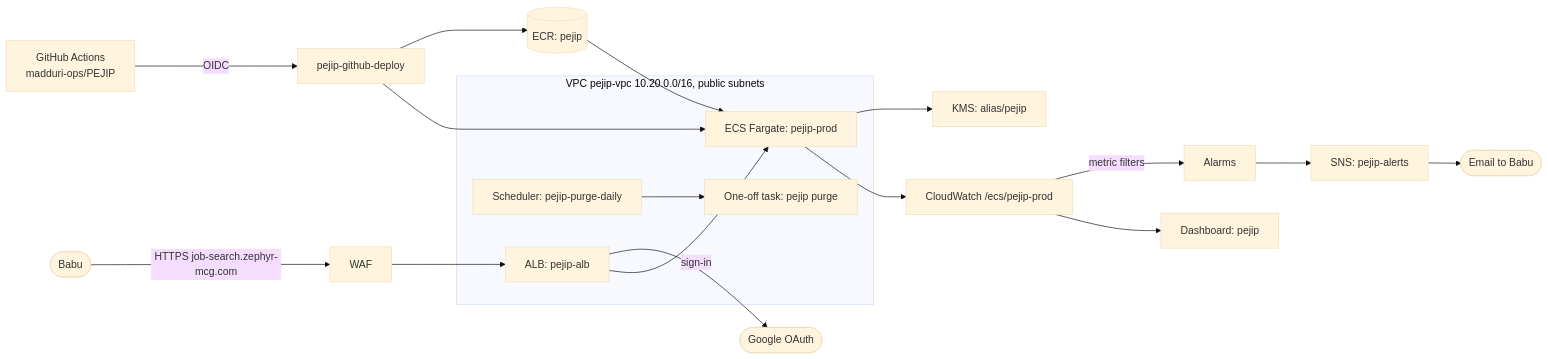
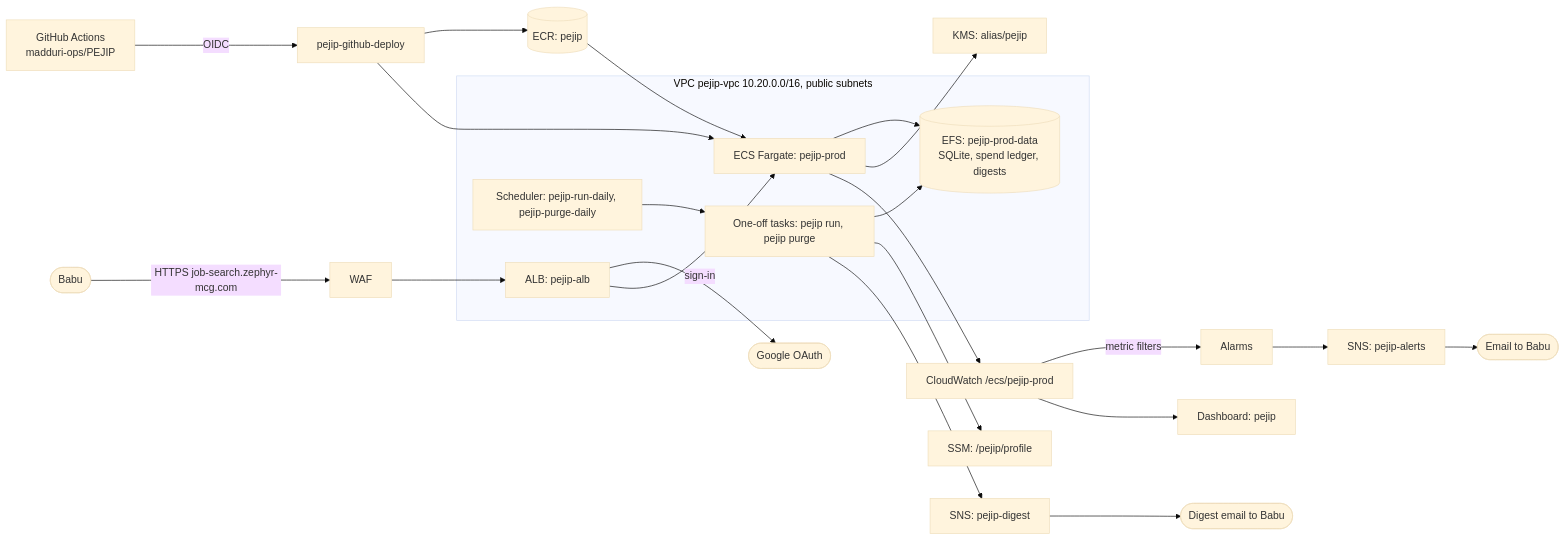
One commit to madduri-ops/PEJIP changed the second of 2 diagrams in docs/architecture/overview.md. Above: the diagram before and after it, drawn with Mermaid (base theme). The commit also changed other lines of this file and 35 other files, not shown here.

First line of the commit message:
Add a lasting database and a scheduled daily run on AWS (#37)

````diff
--- a/docs/architecture/overview.md
+++ b/docs/architecture/overview.md
@@ -73,17 +77,21 @@
 ```mermaid
 flowchart LR
     gh[GitHub Actions<br/>madduri-ops/PEJIP] -- OIDC --> role[pejip-github-deploy]
     role --> ecr[(ECR: pejip)]
     role --> svc
     user([Babu]) -- HTTPS job-search.zephyr-mcg.com --> waf[WAF] --> alb[ALB: pejip-alb]
     alb -- sign-in --> google([Google OAuth])
     subgraph vpc[VPC pejip-vpc 10.20.0.0/16, public subnets]
         alb --> svc[ECS Fargate: pejip-prod]
-        sched[Scheduler: pejip-purge-daily] --> purge[One-off task: pejip purge]
+        sched[Scheduler: pejip-run-daily, pejip-purge-daily] --> run[One-off tasks: pejip run, pejip purge]
+        run --> efs[(EFS: pejip-prod-data<br/>SQLite, spend ledger, digests)]
+        svc --> efs
     end
+    run --> ssm[SSM: /pejip/profile]
+    run --> digestsns[SNS: pejip-digest] --> digestmail([Digest email to Babu])
     ecr --> svc
     svc --> kms[KMS: alias/pejip]
     svc --> logs[CloudWatch /ecs/pejip-prod]
     logs -- metric filters --> alarms[Alarms] --> sns[SNS: pejip-alerts] --> mail([Email to Babu])
     logs --> dash[Dashboard: pejip]
 ```
````
